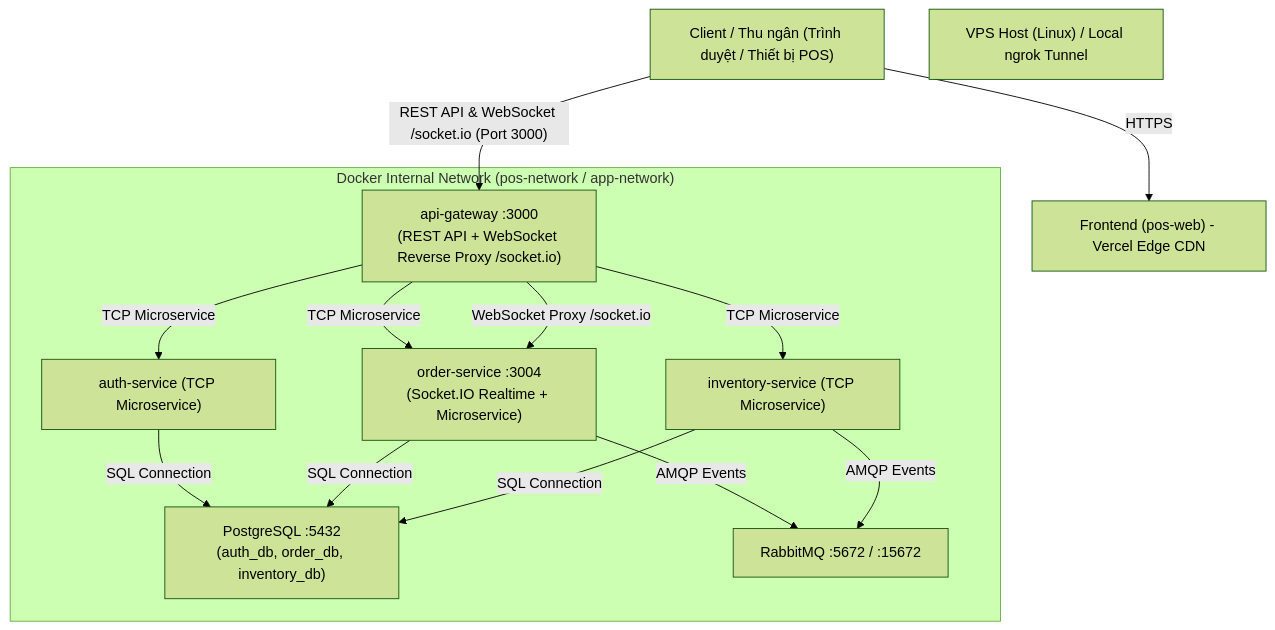
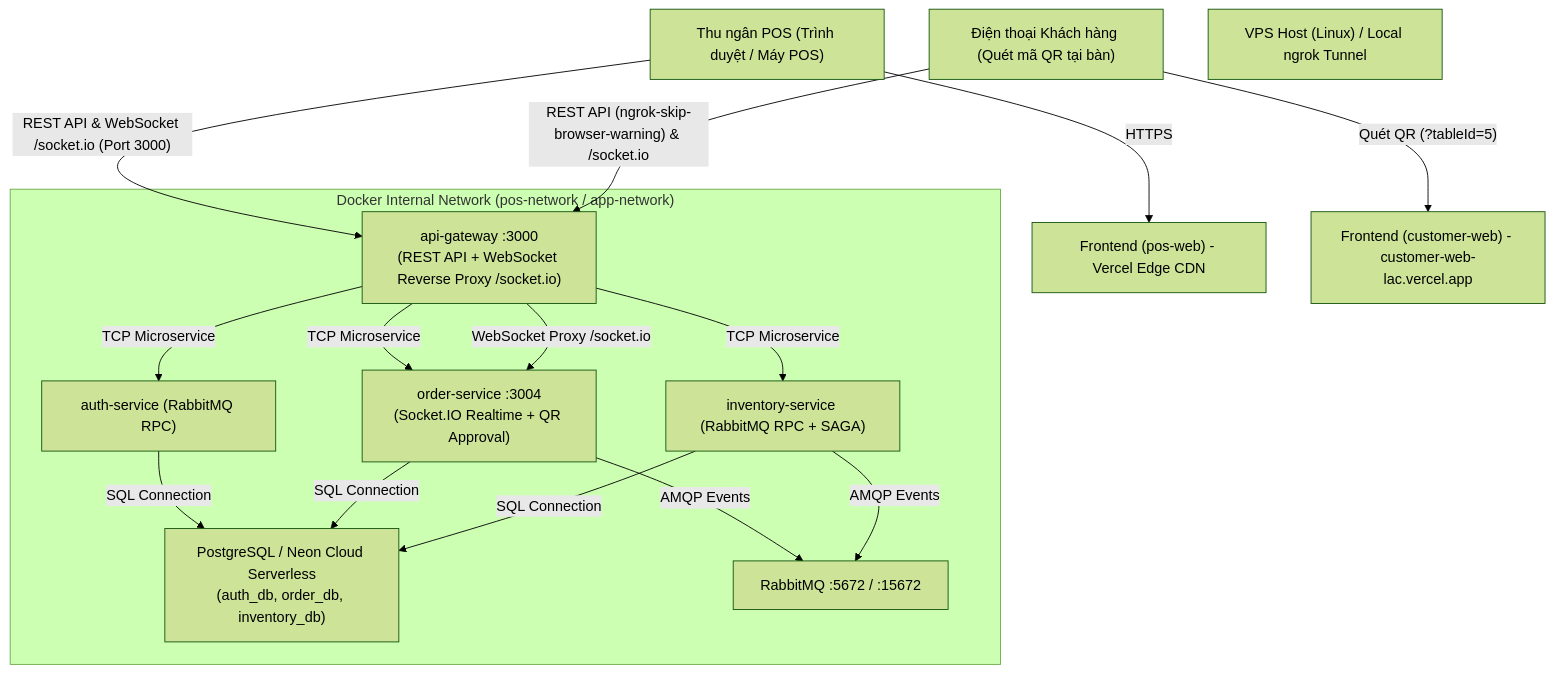
Before and after one commit to pnwang1704/KLTN_N70: the diagram in docs/DEPLOYMENT_GUIDE.md, drawn with Mermaid (forest theme). The commit also changed other lines of this file and 6 other files, not shown here.

Commit message:
docs: update README and technical docs for QR ordering, anti-fake approval flow and Neon Cloud DB

````diff
--- a/docs/DEPLOYMENT_GUIDE.md
+++ b/docs/DEPLOYMENT_GUIDE.md
@@ -12,30 +12,34 @@
 ```mermaid
 graph TD
-    Client["Client / Thu ngân (Trình duyệt / Thiết bị POS)"]
-    Vercel["Frontend (pos-web) - Vercel Edge CDN"]
+    Client["Thu ngân POS (Trình duyệt / Máy POS)"]
+    Mobile["Điện thoại Khách hàng (Quét mã QR tại bàn)"]
+    VercelPOS["Frontend (pos-web) - Vercel Edge CDN"]
+    VercelCW["Frontend (customer-web) - customer-web-lac.vercel.app"]
     Host["VPS Host (Linux) / Local ngrok Tunnel"]
     
     subgraph Docker_Network ["Docker Internal Network (pos-network / app-network)"]
         Gateway["api-gateway :3000<br/>(REST API + WebSocket Reverse Proxy /socket.io)"]
-        AuthSvc["auth-service (TCP Microservice)"]
-        OrderSvc["order-service :3004<br/>(Socket.IO Realtime + Microservice)"]
-        InvenSvc["inventory-service (TCP Microservice)"]
-        Postgres["PostgreSQL :5432<br/>(auth_db, order_db, inventory_db)"]
+        AuthSvc["auth-service (RabbitMQ RPC)"]
+        OrderSvc["order-service :3004<br/>(Socket.IO Realtime + QR Approval)"]
+        InvenSvc["inventory-service (RabbitMQ RPC + SAGA)"]
+        Postgres["PostgreSQL / Neon Cloud Serverless<br/>(auth_db, order_db, inventory_db)"]
         RabbitMQ["RabbitMQ :5672 / :15672"]
     end
 
-    Client -->|"HTTPS"| Vercel
+    Client -->|"HTTPS"| VercelPOS
+    Mobile -->|"Quét QR (?tableId=5)"| VercelCW
     Client -->|"REST API & WebSocket /socket.io (Port 3000)"| Gateway
+    Mobile -->|"REST API (ngrok-skip-browser-warning) & /socket.io"| Gateway
 
     Gateway -->|"TCP Microservice"| AuthSvc
     Gateway -->|"TCP Microservice"| OrderSvc
     Gateway -->|"TCP Microservice"| InvenSvc
     Gateway -->|"WebSocket Proxy /socket.io"| OrderSvc
 
     AuthSvc -->|"SQL Connection"| Postgres
     OrderSvc -->|"SQL Connection"| Postgres
     InvenSvc -->|"SQL Connection"| Postgres
 
     OrderSvc -->|"AMQP Events"| RabbitMQ
     InvenSvc -->|"AMQP Events"| RabbitMQ
 ```
````
